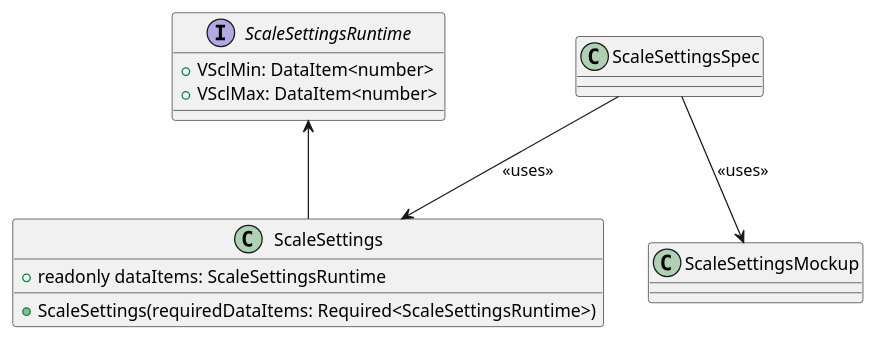
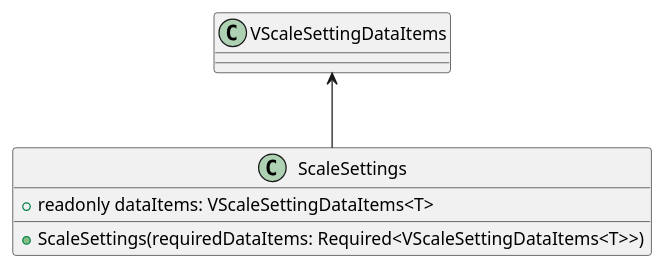
Before and after one commit to p2o-lab/polaris-backend: the diagram in src/modularPlantManager/pea/dataAssembly/baseFunction/scaleSettings/ScaleSettings.puml, drawn with PlantUML. The commit also changed 12 other files, not shown here.

```diff
--- a/src/modularPlantManager/pea/dataAssembly/baseFunction/scaleSettings/ScaleSettings.puml
+++ b/src/modularPlantManager/pea/dataAssembly/baseFunction/scaleSettings/ScaleSettings.puml
@@ -26,18 +26,11 @@
 @startuml
 'https://plantuml.com/class-diagram
 
-interface ScaleSettingsRuntime{
-	+ VSclMin: DataItem<number>
-	+ VSclMax: DataItem<number>
+class ScaleSettings{
+     + readonly dataItems: VScaleSettingDataItems<T>
+     + ScaleSettings(requiredDataItems: Required<VScaleSettingDataItems<T>>)
 }
 
-class ScaleSettings{
-     + readonly dataItems: ScaleSettingsRuntime
-     + ScaleSettings(requiredDataItems: Required<ScaleSettingsRuntime>)
-}
-
-ScaleSettingsRuntime <-- ScaleSettings
-ScaleSettingsSpec --> ScaleSettings : <<uses>>
-ScaleSettingsSpec --> ScaleSettingsMockup : <<uses>>
+VScaleSettingDataItems <-- ScaleSettings
 
 @enduml
```
